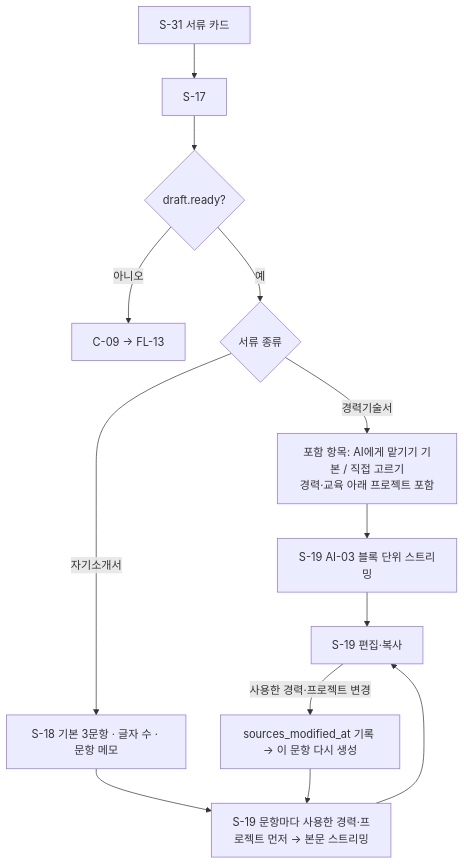
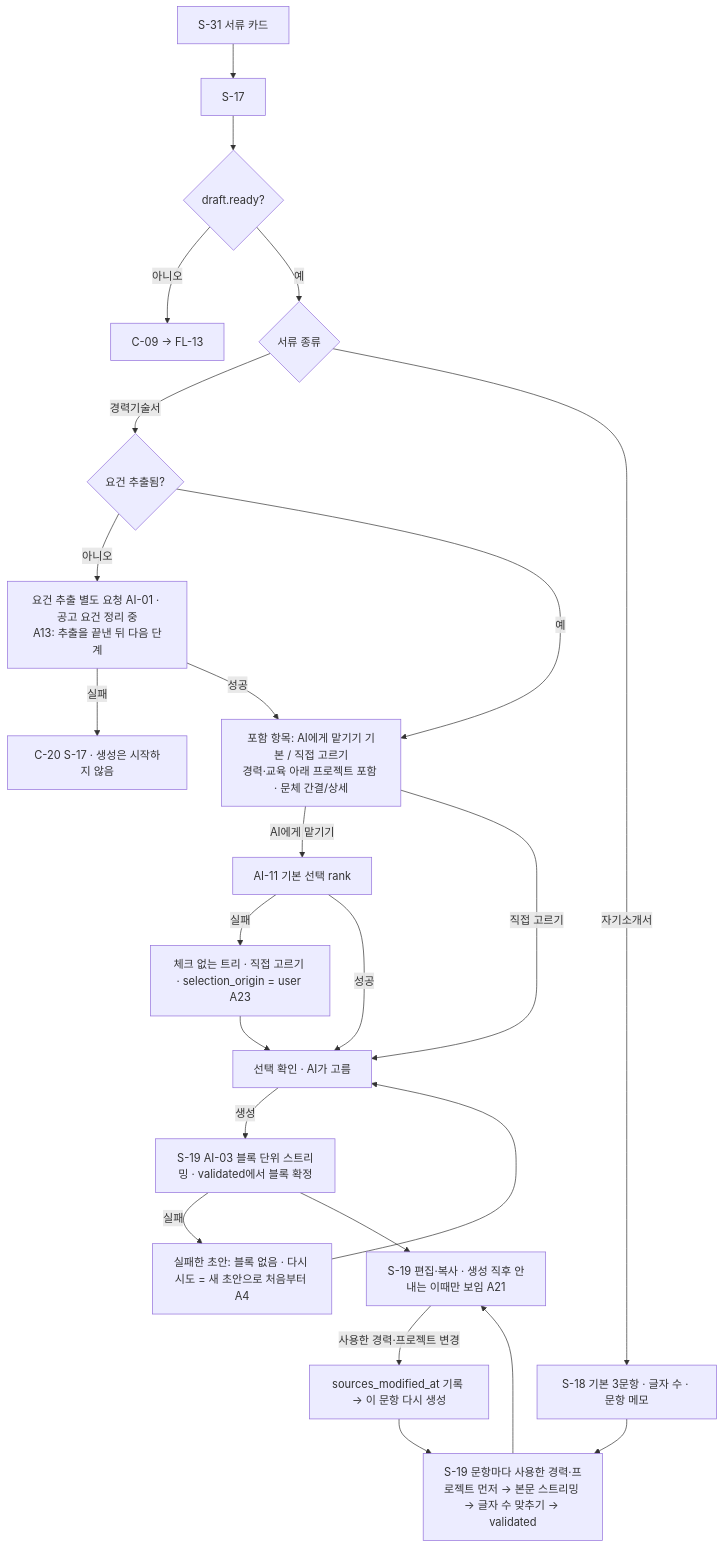
Before and after one commit to j-hyunn/resumate: the seventh of 20 diagrams in _workspace/02_ux-planner_flows.md, drawn with Mermaid. The commit also changed other lines of this file and 19 other files, not shown here.

````diff
--- a/_workspace/02_ux-planner_flows.md
+++ b/_workspace/02_ux-planner_flows.md
@@ -350,15 +353,26 @@
 ```mermaid
 flowchart TD
   A[S-31 서류 카드] --> B[S-17]
   B --> G{draft.ready?}
   G -->|아니오| X[C-09 → FL-13]
   G -->|예| K{서류 종류}
-  K -->|경력기술서| C[포함 항목: AI에게 맡기기 기본 / 직접 고르기<br/>경력·교육 아래 프로젝트 포함]
-  C --> D[S-19 AI-03 블록 단위 스트리밍]
+  K -->|경력기술서| JR{요건 추출됨?}
+  JR -->|아니오| JX[요건 추출 별도 요청 AI-01 · 공고 요건 정리 중<br/>A13: 추출을 끝낸 뒤 다음 단계]
+  JX -->|실패| JF[C-20 S-17 · 생성은 시작하지 않음]
+  JX -->|성공| C
+  JR -->|예| C[포함 항목: AI에게 맡기기 기본 / 직접 고르기<br/>경력·교육 아래 프로젝트 포함 · 문체 간결/상세]
+  C -->|AI에게 맡기기| RK[AI-11 기본 선택 rank]
+  RK -->|실패| RU[체크 없는 트리 · 직접 고르기 · selection_origin = user A23]
+  RK -->|성공| C2[선택 확인 · AI가 고름]
+  RU --> C2
+  C -->|직접 고르기| C2
+  C2 -->|생성| D[S-19 AI-03 블록 단위 스트리밍 · validated에서 블록 확정]
+  D -->|실패| DF[실패한 초안: 블록 없음 · 다시 시도 = 새 초안으로 처음부터 A4]
+  DF --> C2
   K -->|자기소개서| E[S-18 기본 3문항 · 글자 수 · 문항 메모]
-  E --> F[S-19 문항마다 사용한 경력·프로젝트 먼저 → 본문 스트리밍]
-  D --> H[S-19 편집·복사]
+  E --> F[S-19 문항마다 사용한 경력·프로젝트 먼저 → 본문 스트리밍 → 글자 수 맞추기 → validated]
+  D --> H[S-19 편집·복사 · 생성 직후 안내는 이때만 보임 A21]
   F --> H
   H -->|사용한 경력·프로젝트 변경| I[sources_modified_at 기록 → 이 문항 다시 생성]
   I --> F
 ```
````
